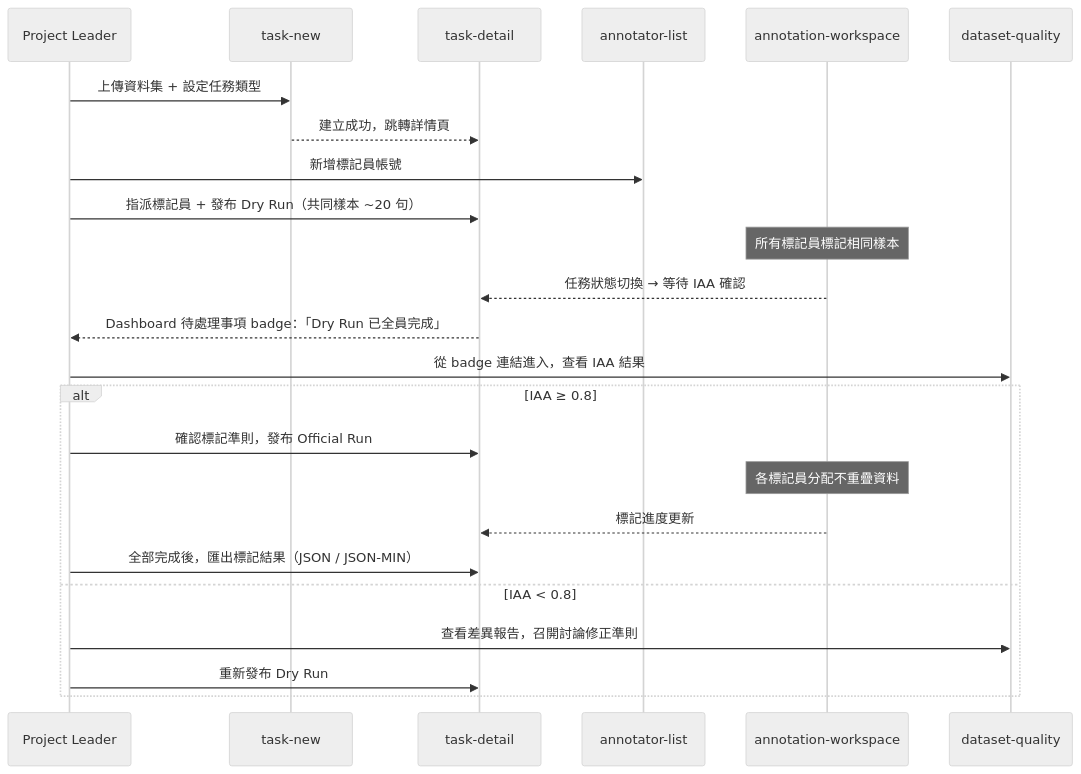
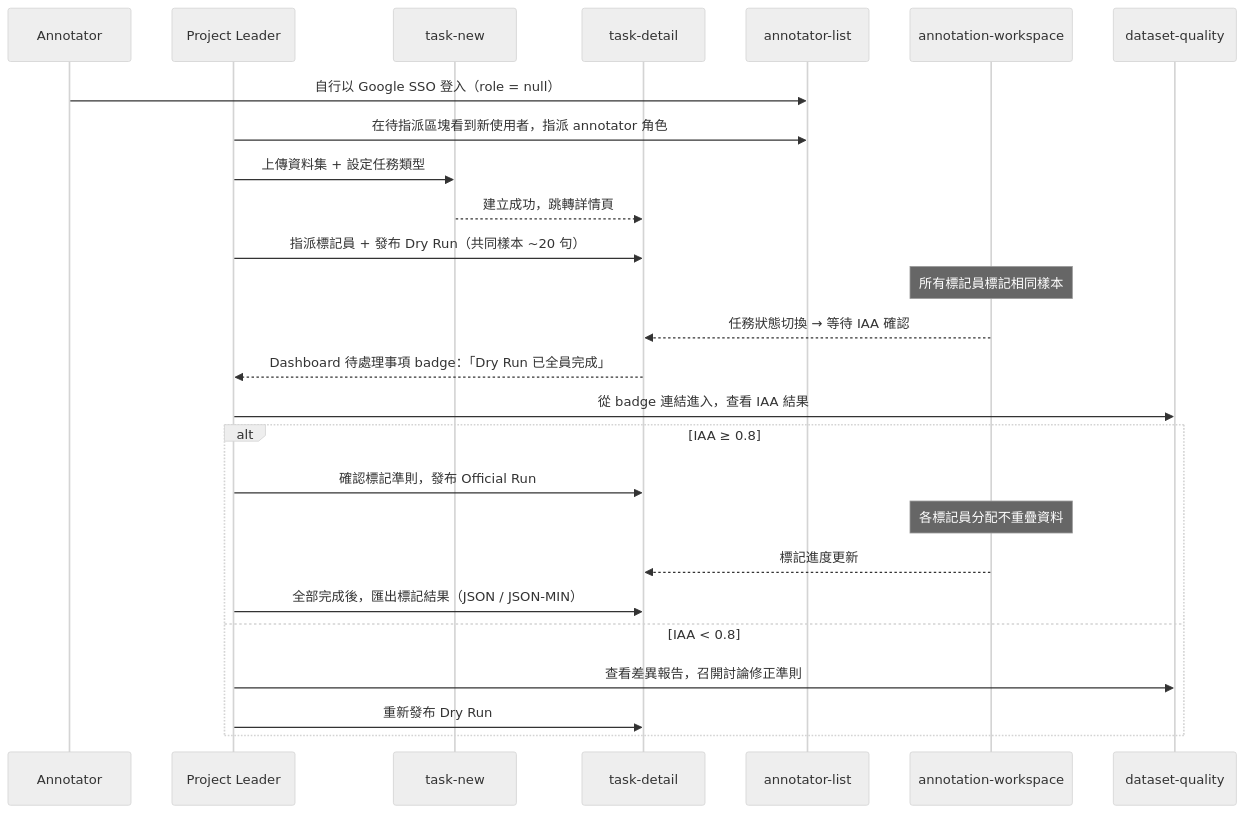
Before and after one commit to singyichen/label-suite: the second of 5 diagrams in docs/ia/information-architecture.md, drawn with Mermaid (neutral theme). The commit also changed other lines of this file, not shown here.

First line of the commit message:
docs: update IA to v4 — spec breakdown plan and role=null onboarding flow

````diff
--- a/docs/ia/information-architecture.md
+++ b/docs/ia/information-architecture.md
@@ -316,27 +321,29 @@
 ```mermaid
 sequenceDiagram
+  participant AN as Annotator
   participant PL as Project Leader
   participant TN as task-new
   participant TD as task-detail
   participant AL as annotator-list
   participant AW as annotation-workspace
   participant DQ as dataset-quality
 
+  AN->>AL: 自行以 Google SSO 登入（role = null）
+  PL->>AL: 在待指派區塊看到新使用者，指派 annotator 角色
   PL->>TN: 上傳資料集 + 設定任務類型
   TN-->>TD: 建立成功，跳轉詳情頁
-  PL->>AL: 新增標記員帳號
   PL->>TD: 指派標記員 + 發布 Dry Run（共同樣本 ~20 句）
   Note over AW: 所有標記員標記相同樣本
   AW-->>TD: 任務狀態切換 → 等待 IAA 確認
   TD-->>PL: Dashboard 待處理事項 badge：「Dry Run 已全員完成」
   PL->>DQ: 從 badge 連結進入，查看 IAA 結果
   alt IAA ≥ 0.8
     PL->>TD: 確認標記準則，發布 Official Run
     Note over AW: 各標記員分配不重疊資料
     AW-->>TD: 標記進度更新
     PL->>TD: 全部完成後，匯出標記結果（JSON / JSON-MIN）
   else IAA < 0.8
     PL->>DQ: 查看差異報告，召開討論修正準則
     PL->>TD: 重新發布 Dry Run
   end
 ```
````
